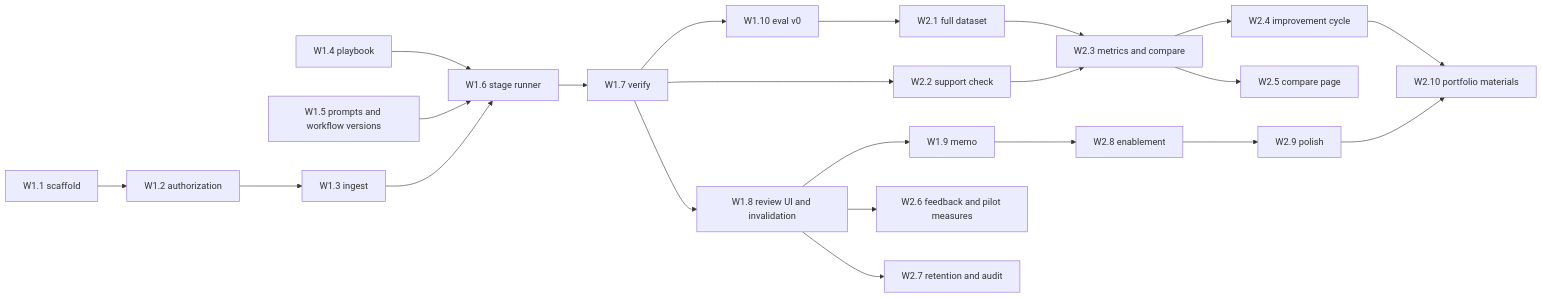
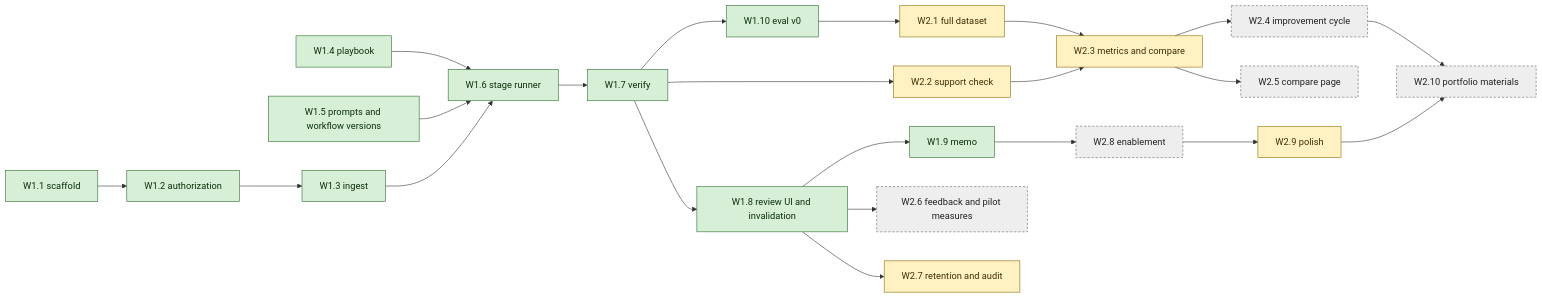
The diagram in docs/parol/07-delivery-plan.md (Silicon-Docket/clausewise), drawn with Mermaid before and after one commit. The commit also changed other lines of this file and 8 other files, not shown here.

````diff
--- a/docs/parol/07-delivery-plan.md
+++ b/docs/parol/07-delivery-plan.md
@@ -15,24 +31,30 @@
 ```mermaid
 flowchart LR
   W11[W1.1 scaffold] --> W12[W1.2 authorization]
   W12 --> W13[W1.3 ingest]
   W14[W1.4 playbook] --> W16
   W15[W1.5 prompts and workflow versions] --> W16
   W13 --> W16[W1.6 stage runner]
   W16 --> W17[W1.7 verify]
   W17 --> W18[W1.8 review UI and invalidation]
   W18 --> W19[W1.9 memo]
   W17 --> W110[W1.10 eval v0]
   W110 --> W21[W2.1 full dataset]
   W17 --> W22[W2.2 support check]
   W21 --> W23[W2.3 metrics and compare]
   W22 --> W23
   W23 --> W24[W2.4 improvement cycle]
   W23 --> W25[W2.5 compare page]
   W18 --> W26[W2.6 feedback and pilot measures]
   W18 --> W27[W2.7 retention and audit]
   W19 --> W28[W2.8 enablement]
   W24 --> W210[W2.10 portfolio materials]
   W28 --> W29[W2.9 polish]
   W29 --> W210
+  classDef done fill:#d6efd6,stroke:#2b6b2b,color:#0b2e0b
+  classDef partly fill:#fff1c2,stroke:#8a6d00,color:#3d3000
+  classDef notstarted fill:#eeeeee,stroke:#666666,color:#222222,stroke-dasharray: 4 3
+  class W11,W12,W13,W14,W15,W16,W17,W18,W19,W110 done
+  class W21,W22,W23,W27,W29 partly
+  class W24,W25,W26,W28,W210 notstarted
 ```
````
